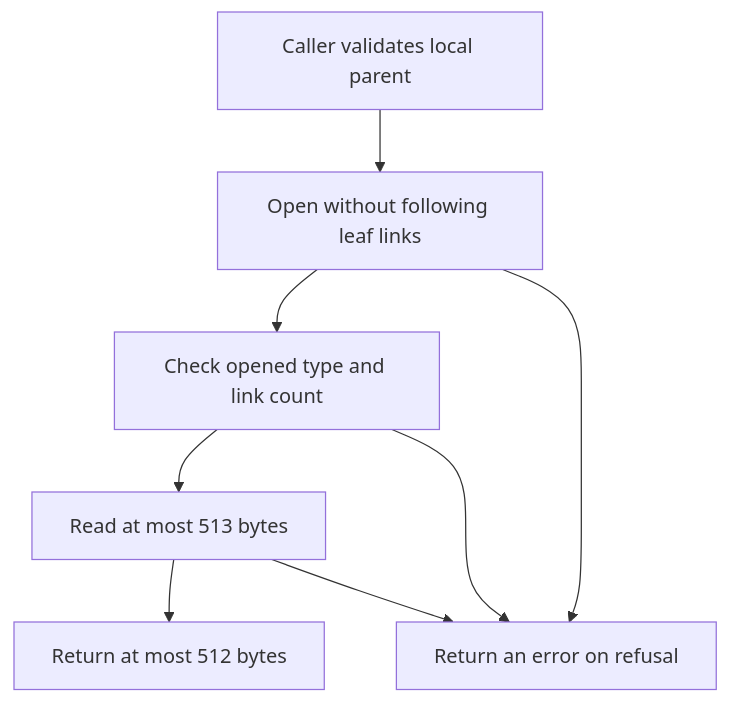
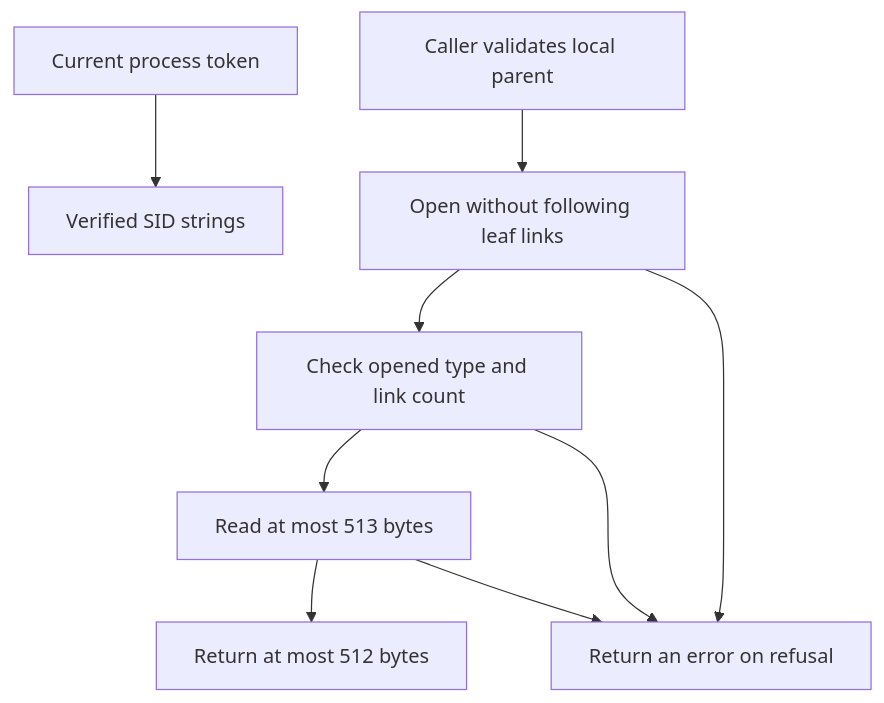
One commit to oimiragieo/tensor-grep changed the diagram in docs/native-managed-handles.md. Above: the diagram before and after it, drawn with Mermaid. The commit also changed other lines of this file and 4 other files, not shown here.

First line of the commit message:
fix: acquire bounded process-token identity for native runtime trust

````diff
--- a/docs/native-managed-handles.md
+++ b/docs/native-managed-handles.md
@@ -9,10 +9,11 @@
 ```mermaid
 flowchart TD
+    Token[Current process token] --> Identity[Verified SID strings]
     Parent[Caller validates local parent] --> Open[Open without following leaf links]
     Open --> Check[Check opened type and link count]
     Check --> Read[Read at most 513 bytes]
     Read --> Bytes[Return at most 512 bytes]
     Open --> Refuse[Return an error on refusal]
     Check --> Refuse
     Read --> Refuse
 ```
````
